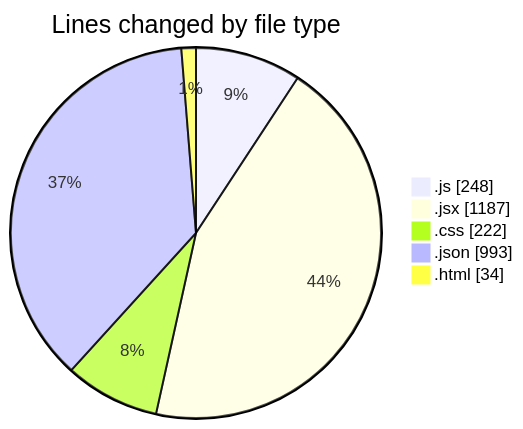
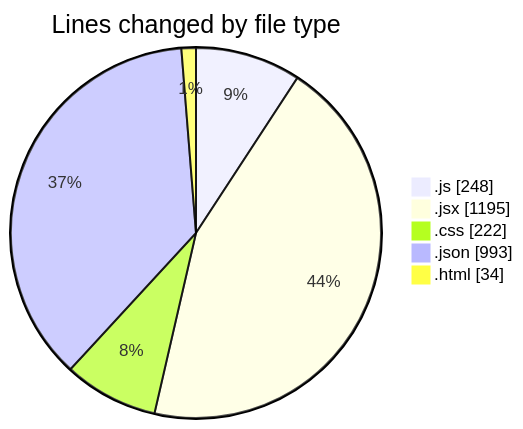
One commit to Ritupan-Deka/code-tracking changed the first of 2 diagrams in 2025-07-01/urlwebwalatask/README.md. Above: the diagram before and after it, drawn with Mermaid. The commit also changed other lines of this file and 1 other file, not shown here.

````diff
--- a/2025-07-01/urlwebwalatask/README.md
+++ b/2025-07-01/urlwebwalatask/README.md
@@ -31,9 +31,9 @@
 ```mermaid
 pie showData
 title Lines changed by file type
 ".js" : 248
-".jsx" : 1187
+".jsx" : 1195
 ".css" : 222
 ".json" : 993
 ".html" : 34
 ```
````
